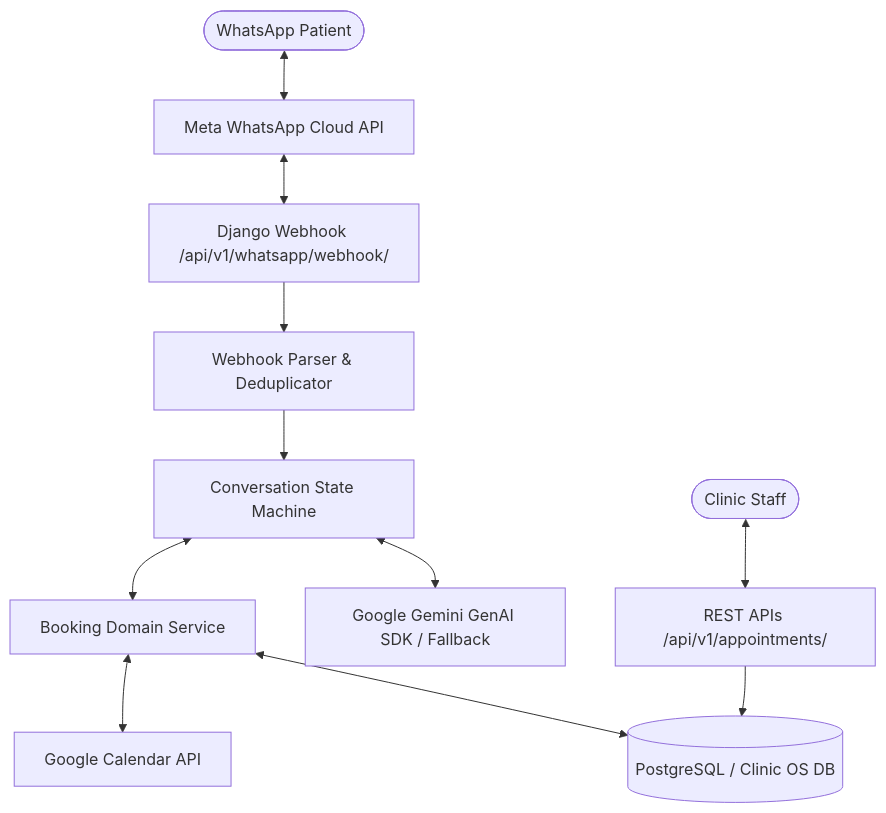
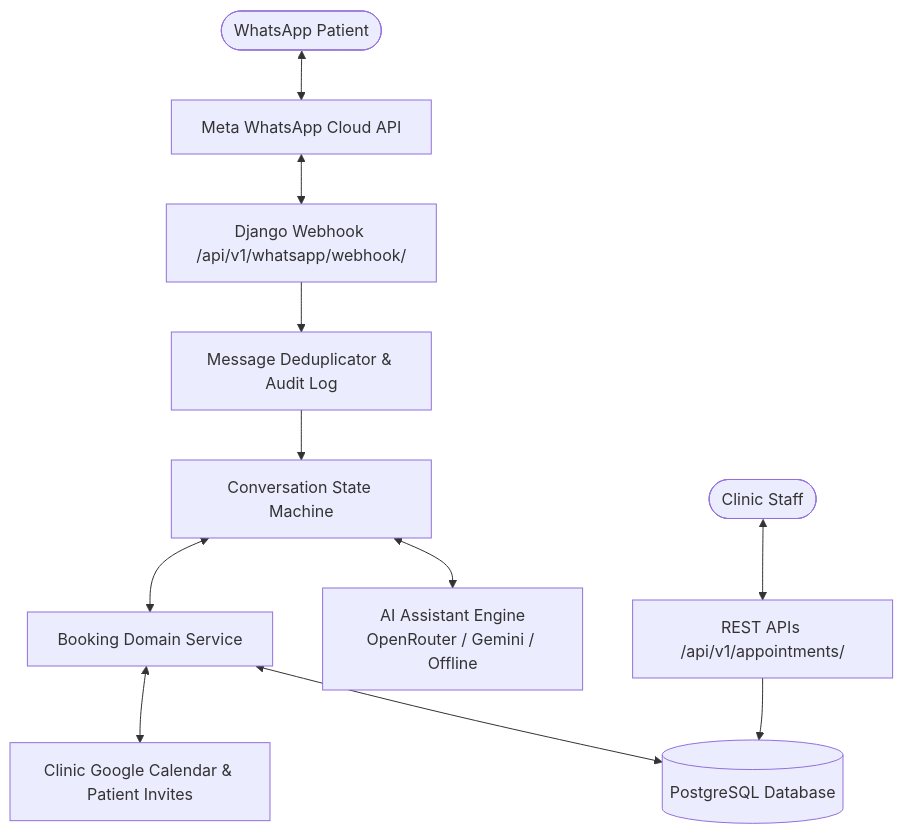
Before and after one commit to Abhijagtp/clinicos-: the diagram in README.md, drawn with Mermaid. The commit also changed other lines of this file and 1 other file, not shown here.

Commit message:
docs: update architecture and readme for dedicated single-client clinic system

````diff
--- a/README.md
+++ b/README.md
@@ -9,13 +38,13 @@
 ```mermaid
 flowchart TD
     Patient([WhatsApp Patient]) <--> Meta[Meta WhatsApp Cloud API]
     Meta <--> Webhook[Django Webhook /api/v1/whatsapp/webhook/]
-    Webhook --> Parser[Webhook Parser & Deduplicator]
-    Parser --> Orchestrator[Conversation State Machine]
-    Orchestrator <--> Gemini[Google Gemini GenAI SDK / Fallback]
+    Webhook --> Deduplicator[Message Deduplicator & Audit Log]
+    Deduplicator --> Orchestrator[Conversation State Machine]
+    Orchestrator <--> AI[AI Assistant Engine\nOpenRouter / Gemini / Offline]
     Orchestrator <--> BookingSvc[Booking Domain Service]
-    BookingSvc <--> DB[(PostgreSQL / Clinic OS DB)]
-    BookingSvc <--> GCal[Google Calendar API]
+    BookingSvc <--> DB[(PostgreSQL Database)]
+    BookingSvc <--> GCal[Clinic Google Calendar & Patient Invites]
     Staff([Clinic Staff]) <--> StaffAPI[REST APIs /api/v1/appointments/]
     StaffAPI --> DB
 ```
````
